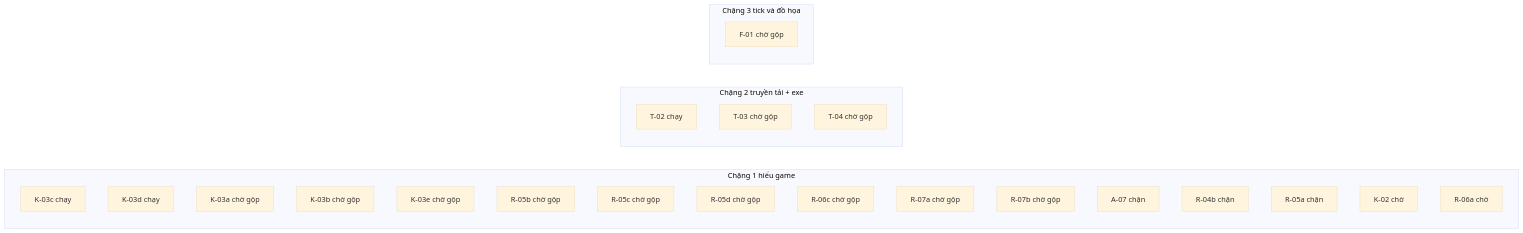
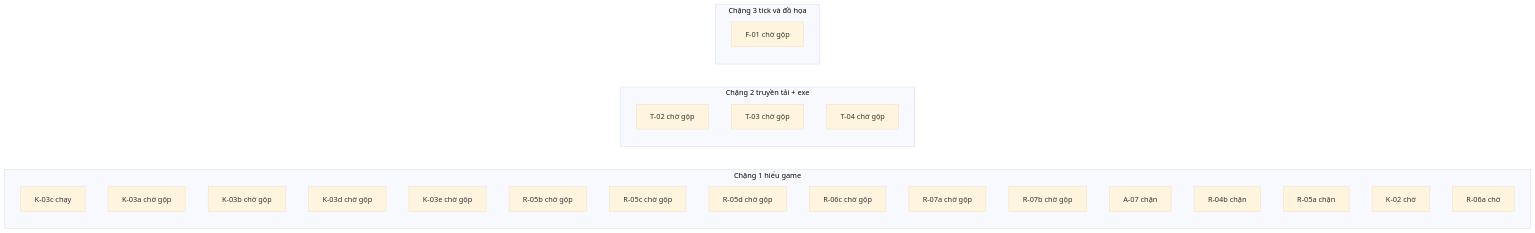
The diagram in JX1_OPS/STATE/TIEN-DO.md (ndtangoss-dev/jx1-reports), drawn with Mermaid (base theme) before and after one commit. The commit also changed other lines of this file and 3 other files, not shown here.

````diff
--- a/JX1_OPS/STATE/TIEN-DO.md
+++ b/JX1_OPS/STATE/TIEN-DO.md
@@ -9,29 +9,29 @@
 ```mermaid
 flowchart LR
   subgraph S1["Chặng 1 hiểu game"]
     K_03c["K-03c chạy"]
-    K_03d["K-03d chạy"]
     K_03a["K-03a chờ gộp"]
     K_03b["K-03b chờ gộp"]
+    K_03d["K-03d chờ gộp"]
     K_03e["K-03e chờ gộp"]
     R_05b["R-05b chờ gộp"]
     R_05c["R-05c chờ gộp"]
     R_05d["R-05d chờ gộp"]
     R_06c["R-06c chờ gộp"]
     R_07a["R-07a chờ gộp"]
     R_07b["R-07b chờ gộp"]
     A_07["A-07 chặn"]
     R_04b["R-04b chặn"]
     R_05a["R-05a chặn"]
     K_02["K-02 chờ"]
     R_06a["R-06a chờ"]
   end
   subgraph S2["Chặng 2 truyền tải + exe"]
-    T_02["T-02 chạy"]
+    T_02["T-02 chờ gộp"]
     T_03["T-03 chờ gộp"]
     T_04["T-04 chờ gộp"]
   end
   subgraph S3["Chặng 3 tick và đồ họa"]
     F_01["F-01 chờ gộp"]
   end
 ```
````
